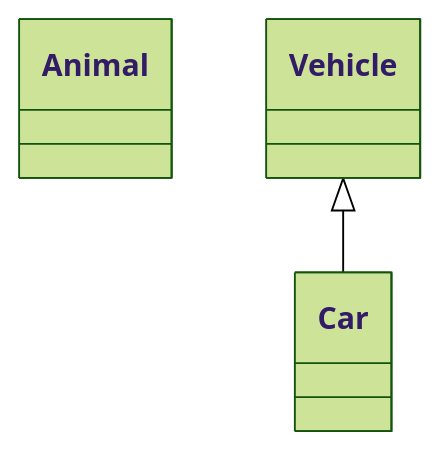
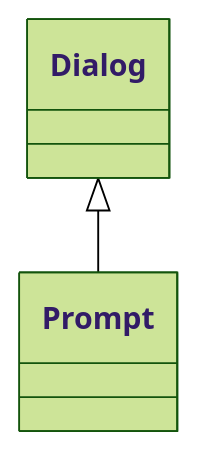
One commit to Zerryth/Mermaid changed the seventh of 7 diagrams in MermaidDiagrams.md. Above: the diagram before and after it, drawn with Mermaid (forest theme).

Commit message:
Created Dialog and Prompt classes

````diff
--- a/MermaidDiagrams.md
+++ b/MermaidDiagrams.md
@@ -105,5 +105,4 @@
 ```mermaid
 classDiagram
-    class Animal
-    Vehicle <|-- Car
+    Dialog <|-- Prompt
 ```
````
